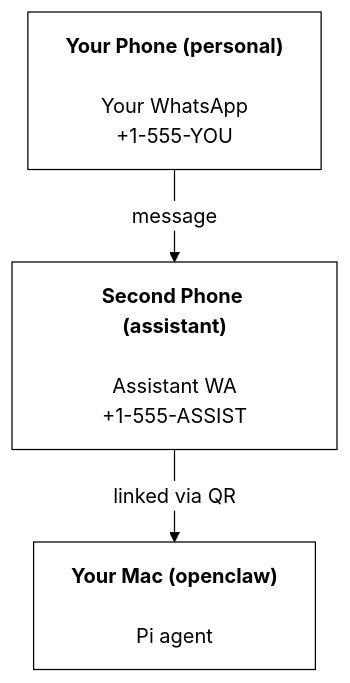
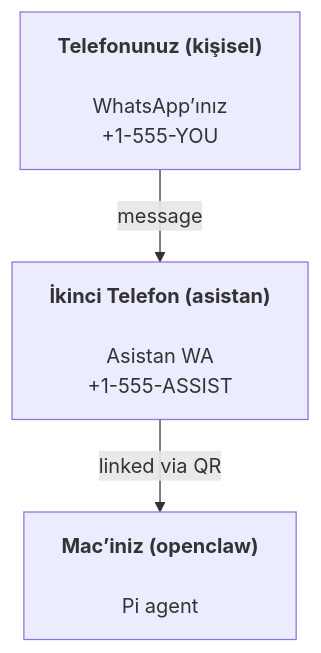
The diagram in tr/start/openclaw.md (johnakelly-yahoo-com/veiseule-openclaw), drawn with Mermaid before and after one commit. The commit also changed other lines of this file and 7264 other files, not shown here.

````diff
--- a/tr/start/openclaw.md
+++ b/tr/start/openclaw.md
@@ -32,21 +36,5 @@
 ```mermaid
-%%{init: {
-  'theme': 'base',
-  'themeVariables': {
-    'primaryColor': '#ffffff',
-    'primaryTextColor': '#000000',
-    'primaryBorderColor': '#000000',
-    'lineColor': '#000000',
-    'secondaryColor': '#f9f9fb',
-    'tertiaryColor': '#ffffff',
-    'clusterBkg': '#f9f9fb',
-    'clusterBorder': '#000000',
-    'nodeBorder': '#000000',
-    'mainBkg': '#ffffff',
-    'edgeLabelBackground': '#ffffff'
-  }
-}}%%
 flowchart TB
-    A["<b>Your Phone (personal)<br></b><br>Your WhatsApp<br>+1-555-YOU"] -- message --> B["<b>Second Phone (assistant)<br></b><br>Assistant WA<br>+1-555-ASSIST"]
-    B -- linked via QR --> C["<b>Your Mac (openclaw)<br></b><br>Pi agent"]
+    A["<b>Telefonunuz (kişisel)<br></b><br>WhatsApp’ınız<br>+1-555-YOU"] -- message --> B["<b>İkinci Telefon (asistan)<br></b><br>Asistan WA<br>+1-555-ASSIST"]
+    B -- linked via QR --> C["<b>Mac’iniz (openclaw)<br></b><br>Pi agent"]
 ```
````
